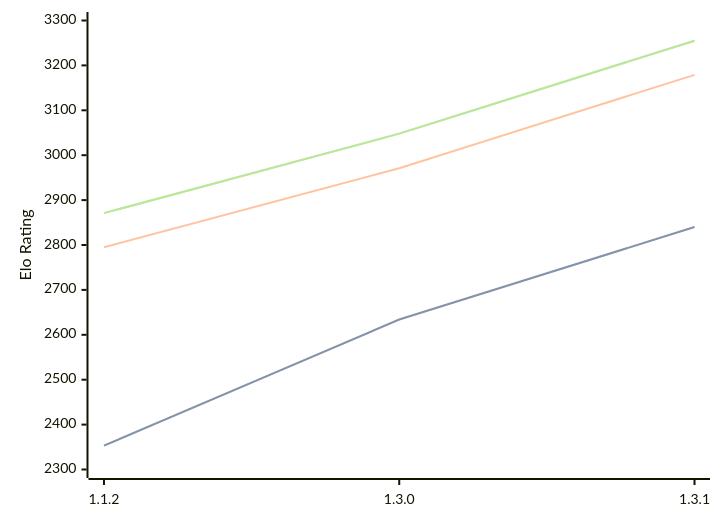
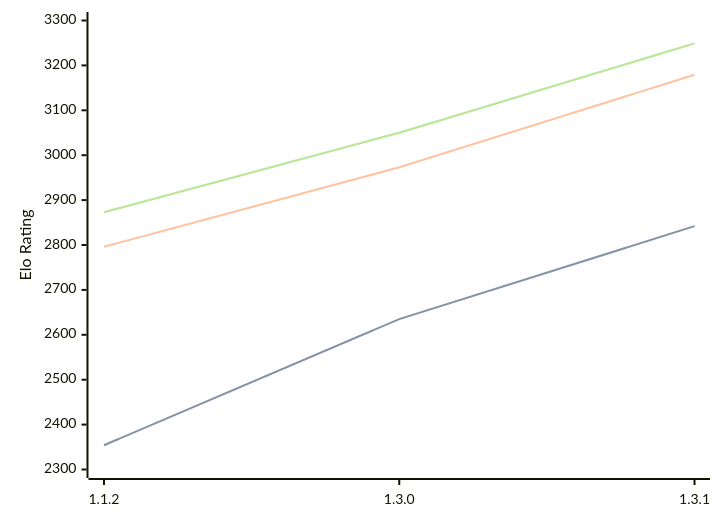
The diagram in engines/Ember.md (computer-chess-index/cci), drawn with Mermaid before and after one commit. The commit also changed other lines of this file, not shown here.

Commit message:
Update CCI Ratings (ELO VLTC) - 2026-10-09

````diff
--- a/engines/Ember.md
+++ b/engines/Ember.md
@@ -42,11 +42,11 @@
 ```mermaid
 %%{init: {"theme":"base","themeVariables":{"seriesColors:['#a3a3a3','#222221','#faa371']}}}%%
 xychart-beta
   x-axis ["1.1.2", "1.3.0", "1.3.1"]
   y-axis "Elo Rating" 2300 --> 3300
-  line "" [2353, 2634, 2840]
-  line "STC (8.0+0.08s)" [2353, 2634, 2840]
-  line "LTC (60.0+0.60s)" [2795, 2971, 3179]
-  line "" [2871, 3048, 3255]
-  line "VLTC (2m24s+1.12s)" [2871, 3048, 3255]
+  line "" [2354, 2635, 2842]
+  line "STC (8.0+0.08s)" [2354, 2635, 2842]
+  line "LTC (60.0+0.60s)" [2796, 2973, 3179]
+  line "" [2873, 3050, 3249]
+  line "VLTC (2m24s+1.12s)" [2873, 3050, 3249]
 ```
````
